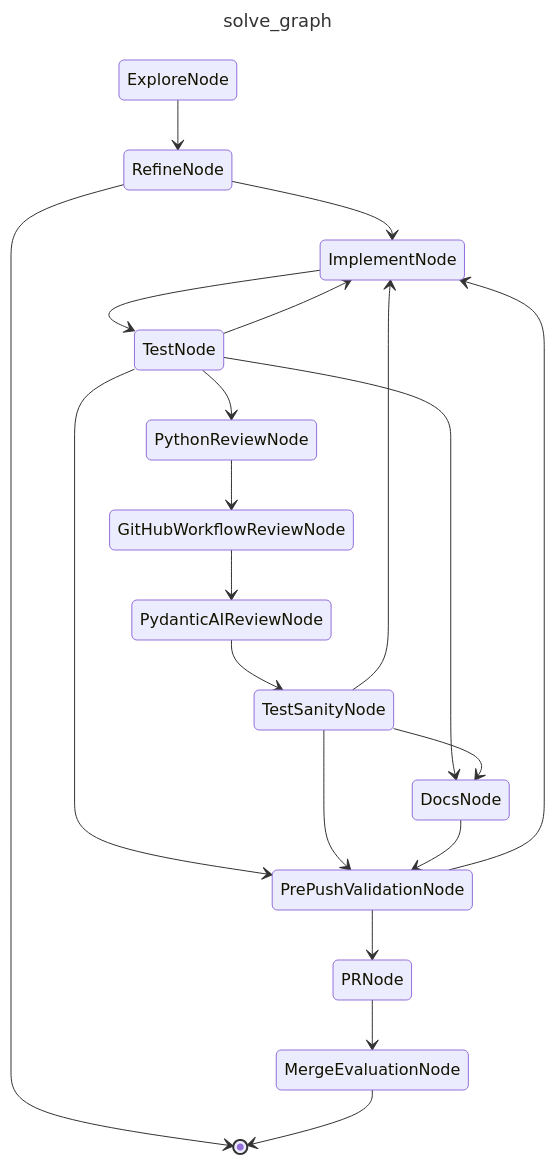
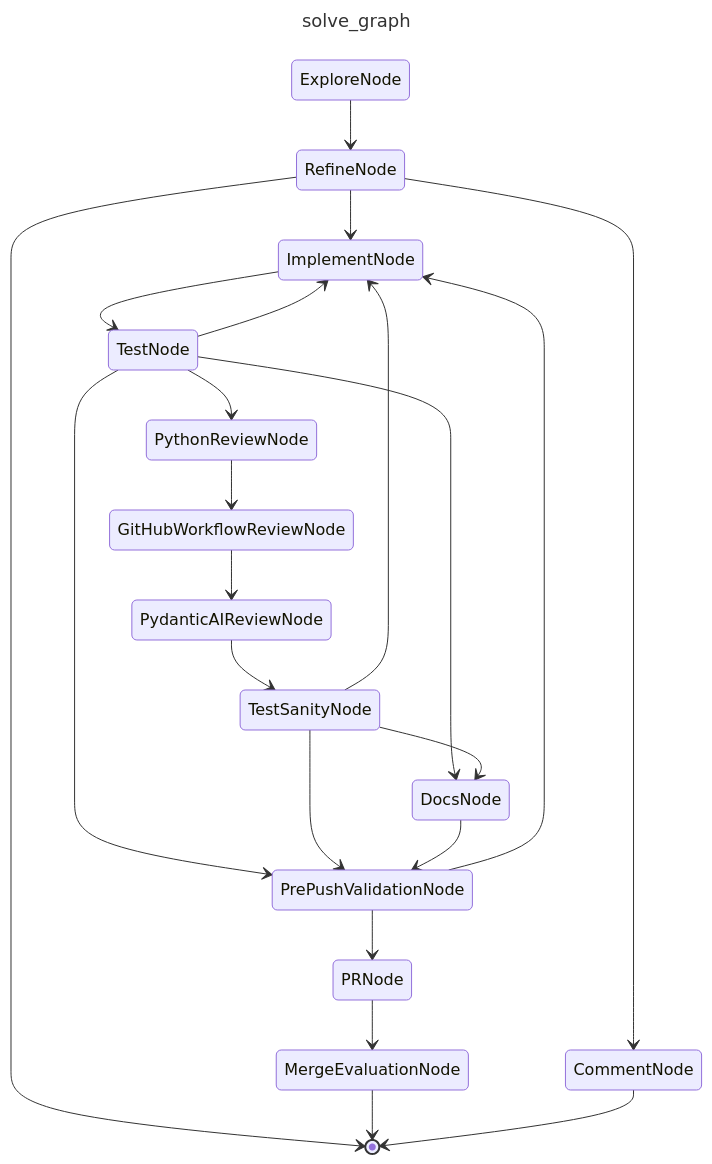
The diagram in docs/workflows/solve.md (damien-robotsix/robotsix-cai), drawn with Mermaid before and after one commit. The commit also changed 36 other files, not shown here.

````diff
--- a/docs/workflows/solve.md
+++ b/docs/workflows/solve.md
@@ -15,25 +15,27 @@
 ```mermaid
 ---
 title: solve_graph
 ---
 stateDiagram-v2
   ExploreNode --> RefineNode
   RefineNode --> ImplementNode
+  RefineNode --> CommentNode
   RefineNode --> [*]
   ImplementNode --> TestNode
   TestNode --> PythonReviewNode
   TestNode --> DocsNode
   TestNode --> PrePushValidationNode
   TestNode --> ImplementNode
   PythonReviewNode --> GitHubWorkflowReviewNode
   GitHubWorkflowReviewNode --> PydanticAIReviewNode
   PydanticAIReviewNode --> TestSanityNode
   TestSanityNode --> DocsNode
   TestSanityNode --> PrePushValidationNode
   TestSanityNode --> ImplementNode
   DocsNode --> PrePushValidationNode
   PrePushValidationNode --> PRNode
   PrePushValidationNode --> ImplementNode
   PRNode --> MergeEvaluationNode
   MergeEvaluationNode --> [*]
+  CommentNode --> [*]
 ```
````
